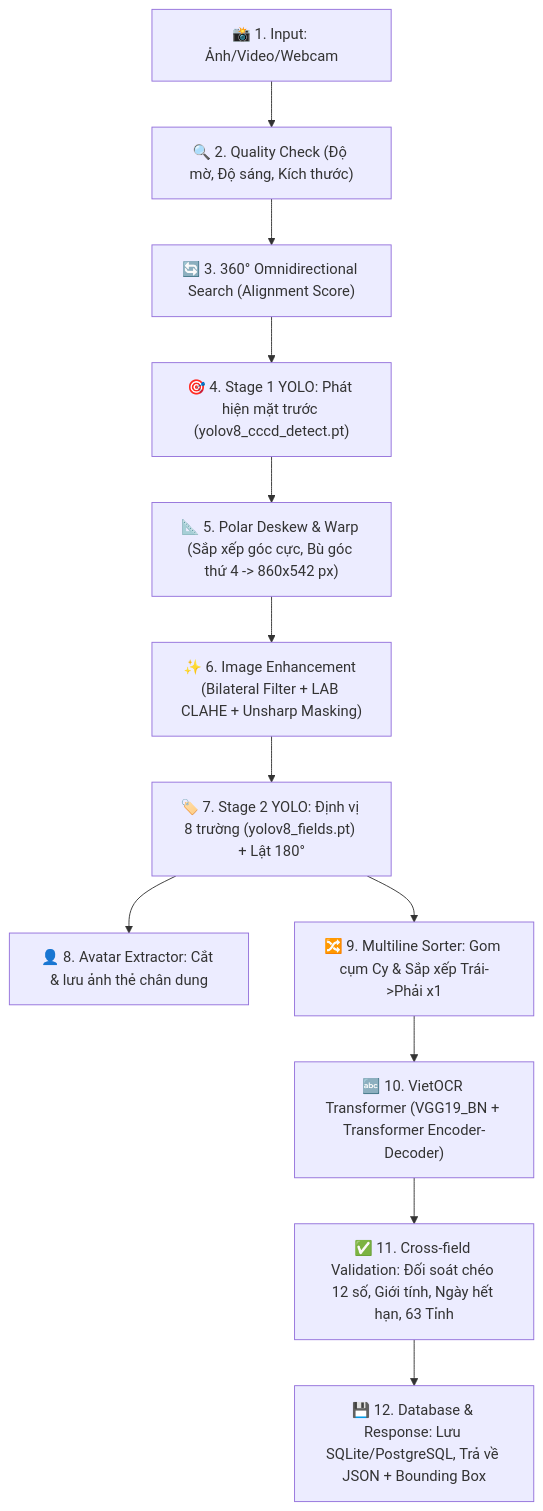
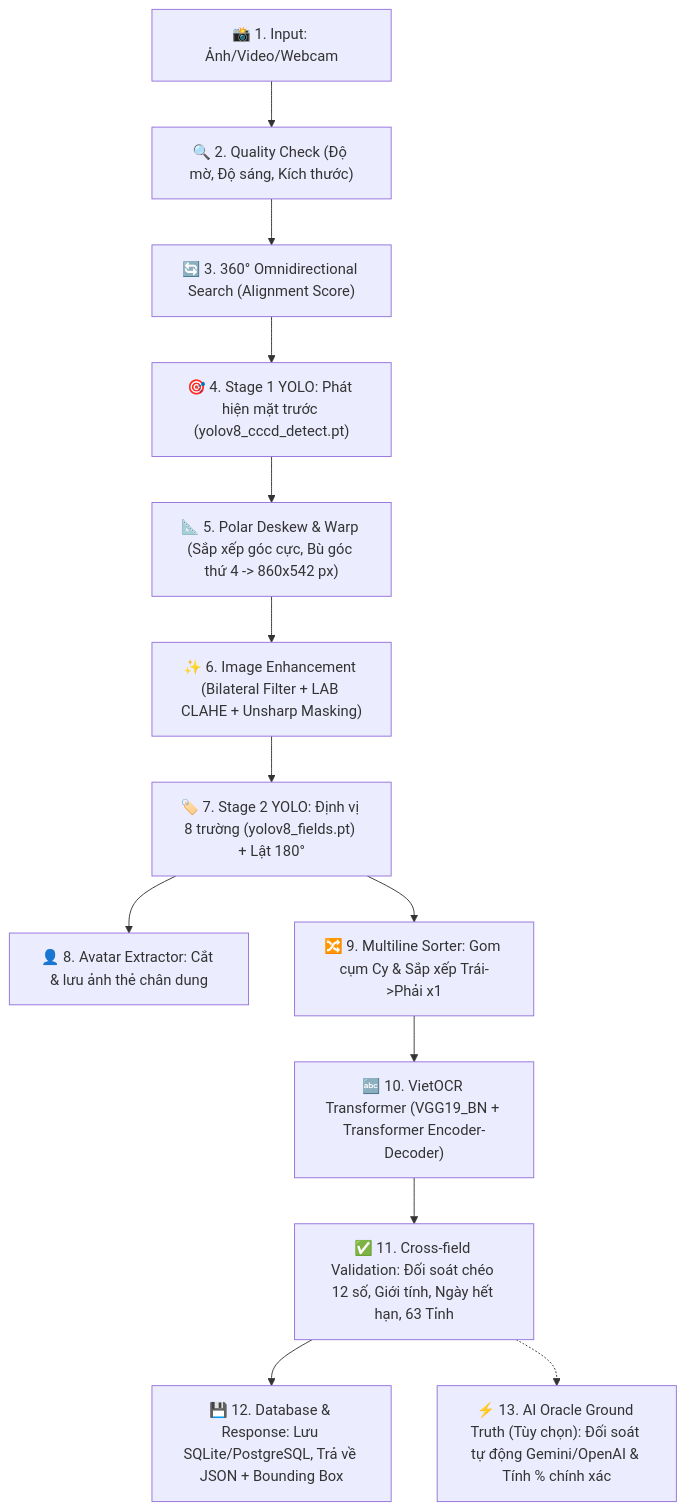
Before and after one commit to vminh21/OCR_CCCD-yolov8-: the diagram in docs/TAI_LIEU_VAN_DAP_PIPELINE_CCCD.md, drawn with Mermaid. The commit also changed other lines of this file and 16 other files, not shown here.

````diff
--- a/docs/TAI_LIEU_VAN_DAP_PIPELINE_CCCD.md
+++ b/docs/TAI_LIEU_VAN_DAP_PIPELINE_CCCD.md
@@ -14,14 +14,15 @@
 ```mermaid
 flowchart TD
     A["📸 1. Input: Ảnh/Video/Webcam"] --> B["🔍 2. Quality Check (Độ mờ, Độ sáng, Kích thước)"]
     B --> C["🔄 3. 360° Omnidirectional Search (Alignment Score)"]
     C --> D["🎯 4. Stage 1 YOLO: Phát hiện mặt trước (yolov8_cccd_detect.pt)"]
     D --> E["📐 5. Polar Deskew & Warp (Sắp xếp góc cực, Bù góc thứ 4 -> 860x542 px)"]
     E --> F["✨ 6. Image Enhancement (Bilateral Filter + LAB CLAHE + Unsharp Masking)"]
     F --> G["🏷️ 7. Stage 2 YOLO: Định vị 8 trường (yolov8_fields.pt) + Lật 180°"]
     G --> H["👤 8. Avatar Extractor: Cắt & lưu ảnh thẻ chân dung"]
     G --> I["🔀 9. Multiline Sorter: Gom cụm Cy & Sắp xếp Trái->Phải x1"]
     I --> J["🔤 10. VietOCR Transformer (VGG19_BN + Transformer Encoder-Decoder)"]
     J --> K["✅ 11. Cross-field Validation: Đối soát chéo 12 số, Giới tính, Ngày hết hạn, 63 Tỉnh"]
     K --> L["💾 12. Database & Response: Lưu SQLite/PostgreSQL, Trả về JSON + Bounding Box"]
+    K -.-> M["⚡ 13. AI Oracle Ground Truth (Tùy chọn): Đối soát tự động Gemini/OpenAI & Tính % chính xác"]
 ```
````
